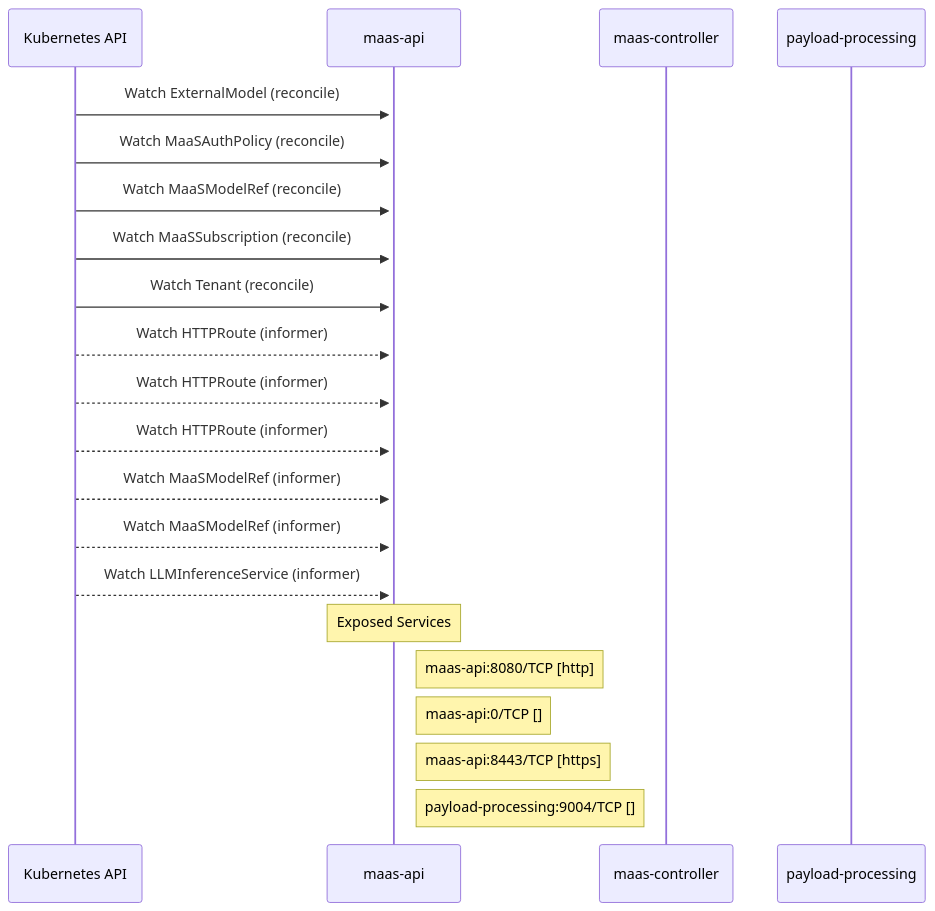
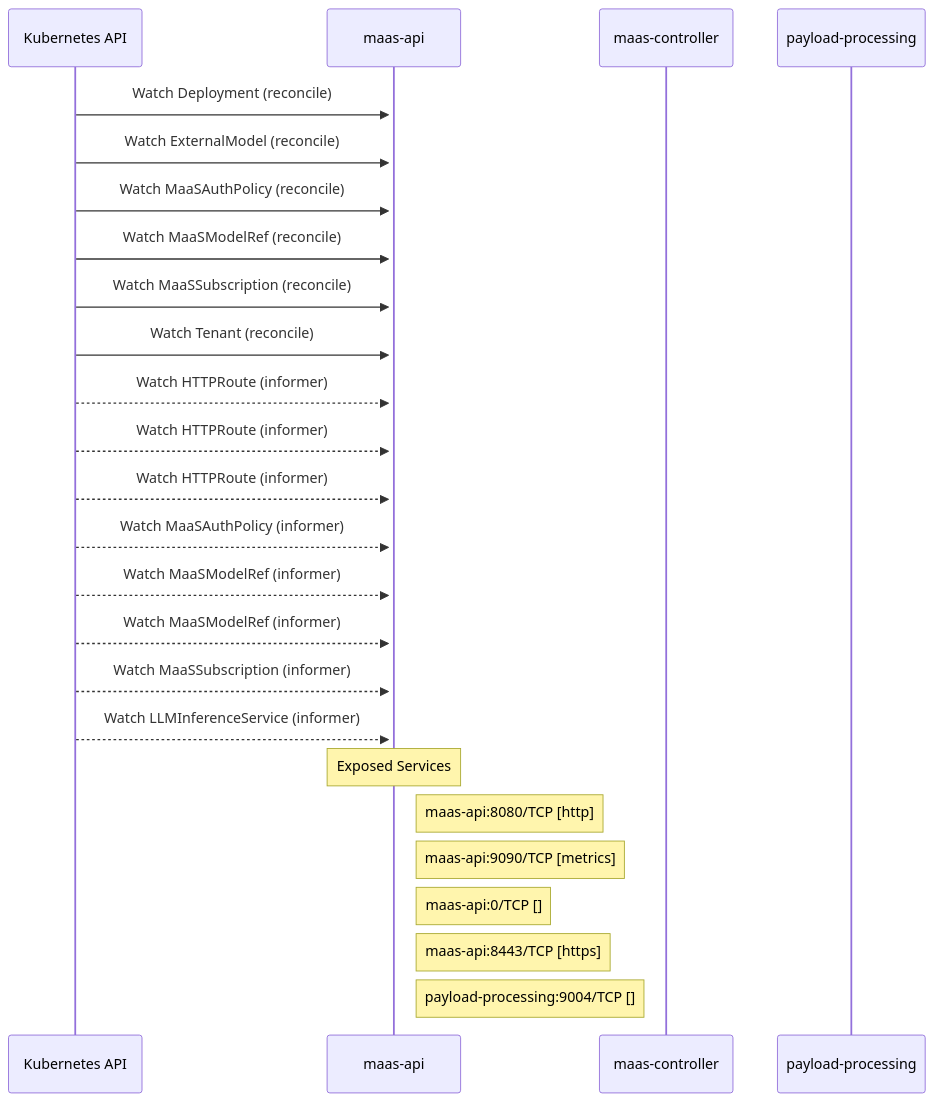
One commit to ugiordan/rhoai-architecture-analyzer changed the diagram in site/docs/use-cases/odh-platform/components/models_as_a_service/dataflow.md. Above: the diagram before and after it, drawn with Mermaid. The commit also changed other lines of this file and 402 other files, not shown here.

````diff
--- a/site/docs/use-cases/odh-platform/components/models_as_a_service/dataflow.md
+++ b/site/docs/use-cases/odh-platform/components/models_as_a_service/dataflow.md
@@ -25,27 +28,31 @@
 ```mermaid
 sequenceDiagram
     %% Static dataflow for models-as-a-service
 
     participant KubernetesAPI as Kubernetes API
     participant maas_api as maas-api
     participant maas_controller as maas-controller
     participant payload_processing as payload-processing
 
+    KubernetesAPI->>+maas_api: Watch Deployment (reconcile)
     KubernetesAPI->>+maas_api: Watch ExternalModel (reconcile)
     KubernetesAPI->>+maas_api: Watch MaaSAuthPolicy (reconcile)
     KubernetesAPI->>+maas_api: Watch MaaSModelRef (reconcile)
     KubernetesAPI->>+maas_api: Watch MaaSSubscription (reconcile)
     KubernetesAPI->>+maas_api: Watch Tenant (reconcile)
     KubernetesAPI-->>+maas_api: Watch HTTPRoute (informer)
     KubernetesAPI-->>+maas_api: Watch HTTPRoute (informer)
     KubernetesAPI-->>+maas_api: Watch HTTPRoute (informer)
+    KubernetesAPI-->>+maas_api: Watch MaaSAuthPolicy (informer)
     KubernetesAPI-->>+maas_api: Watch MaaSModelRef (informer)
     KubernetesAPI-->>+maas_api: Watch MaaSModelRef (informer)
+    KubernetesAPI-->>+maas_api: Watch MaaSSubscription (informer)
     KubernetesAPI-->>+maas_api: Watch LLMInferenceService (informer)
 
     Note over maas_api: Exposed Services
     Note right of maas_api: maas-api:8080/TCP [http]
+    Note right of maas_api: maas-api:9090/TCP [metrics]
     Note right of maas_api: maas-api:0/TCP []
     Note right of maas_api: maas-api:8443/TCP [https]
     Note right of maas_api: payload-processing:9004/TCP []
 ```
````
